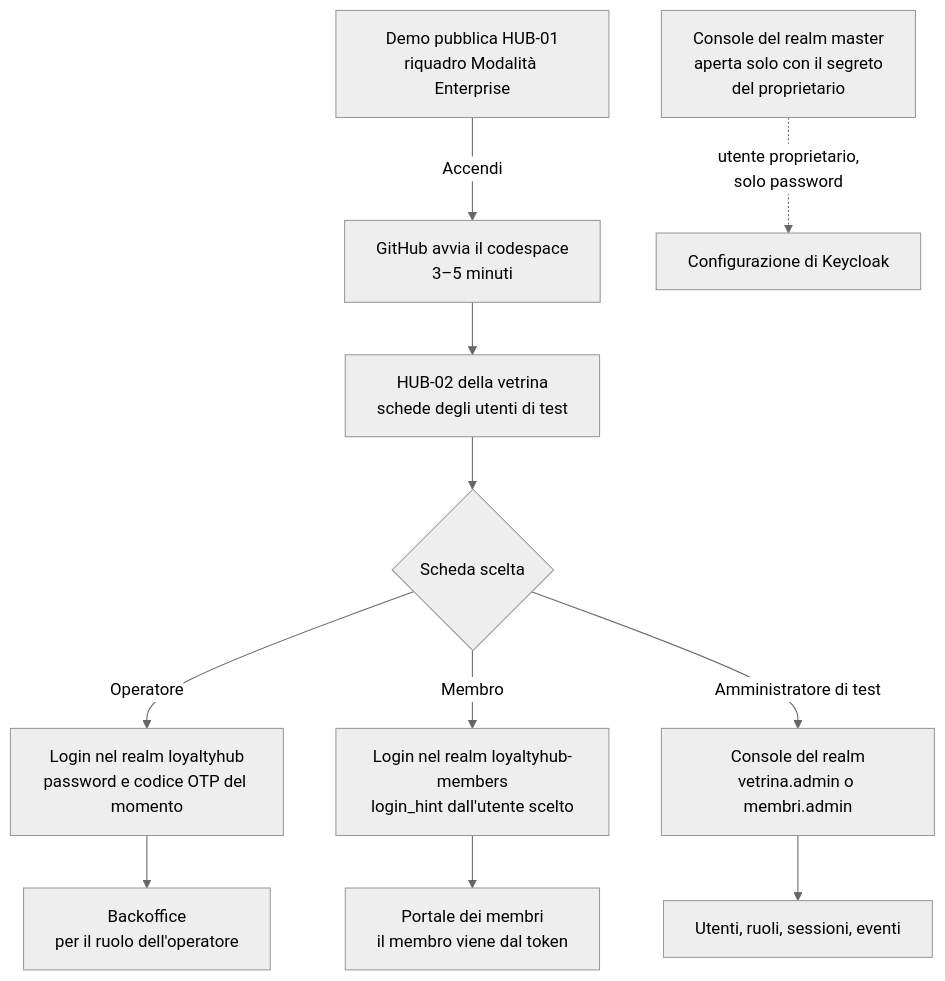
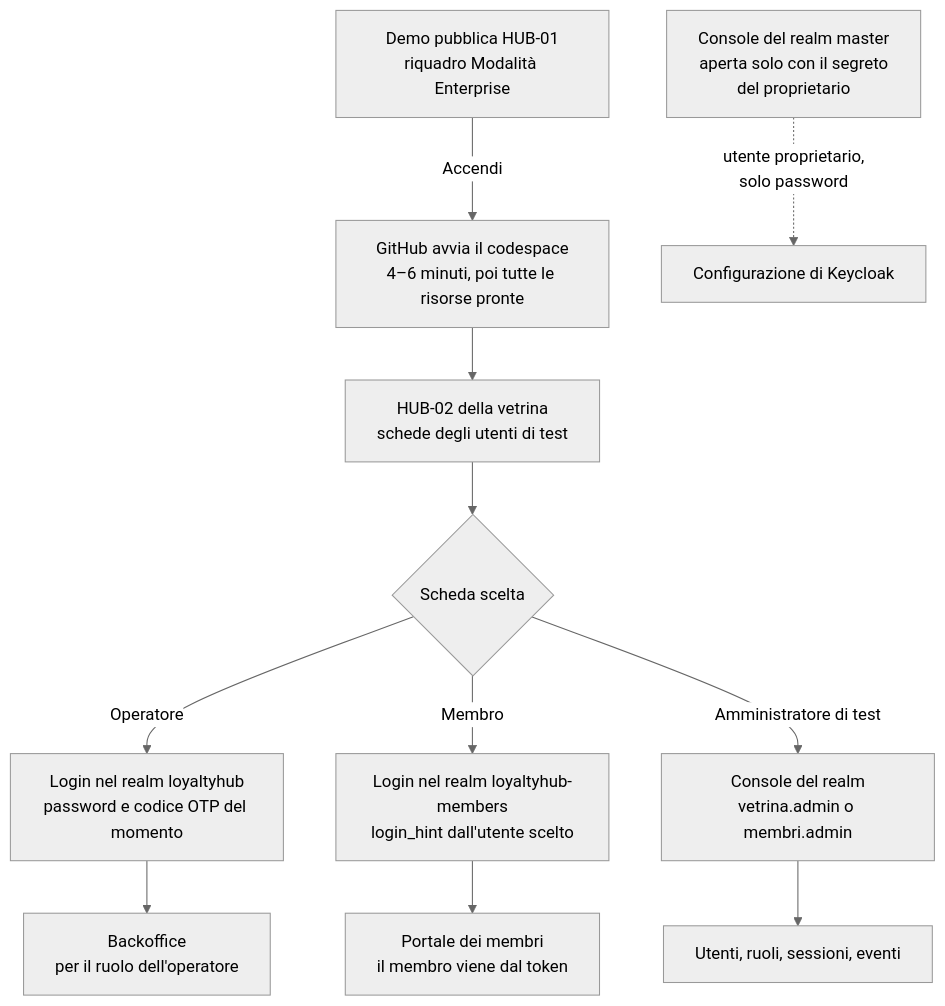
One commit to peppe-ruv/Loyalty_Sys changed the fifth of 12 diagrams in concetti/vetrina-enterprise.mdx. Above: the diagram before and after it, drawn with Mermaid (neutral theme). The commit also changed other lines of this file and 24 other files, not shown here.

````diff
--- a/concetti/vetrina-enterprise.mdx
+++ b/concetti/vetrina-enterprise.mdx
@@ -136,15 +136,15 @@
 ```mermaid
 flowchart TD
   accTitle: Percorso dal browser verso la vetrina enterprise
   accDescr: Il visitatore parte dalla demo pubblica, accende la modalità Enterprise con il pulsante nel riquadro, attende l'avvio del codespace e arriva a HUB-02 della vetrina. Lì sceglie la scheda di un utente di test: l'operatore entra nel realm loyaltyhub con password e codice OTP del momento e arriva al backoffice, il membro entra nel realm loyaltyhub-members e arriva al portale, gli amministratori di test aprono la console del proprio realm. La console del realm master si apre dallo stesso indirizzo di Keycloak solo con il segreto del proprietario.
-  A[Demo pubblica HUB-01<br/>riquadro Modalità Enterprise] -->|Accendi| B[GitHub avvia il codespace<br/>3–5 minuti]
+  A[Demo pubblica HUB-01<br/>riquadro Modalità Enterprise] -->|Accendi| B[GitHub avvia il codespace<br/>4–6 minuti, poi tutte le risorse pronte]
   B --> C[HUB-02 della vetrina<br/>schede degli utenti di test]
   C --> D{Scheda scelta}
   D -->|Operatore| E[Login nel realm loyaltyhub<br/>password e codice OTP del momento]
   D -->|Membro| F[Login nel realm loyaltyhub-members<br/>login_hint dall'utente scelto]
   D -->|Amministratore di test| G[Console del realm<br/>vetrina.admin o membri.admin]
   E --> H[Backoffice<br/>per il ruolo dell'operatore]
   F --> I[Portale dei membri<br/>il membro viene dal token]
   G --> J[Utenti, ruoli, sessioni, eventi]
   P[Console del realm master<br/>aperta solo con il segreto<br/>del proprietario] -.->|utente proprietario,<br/>solo password| K[Configurazione di Keycloak]
 ```
````
